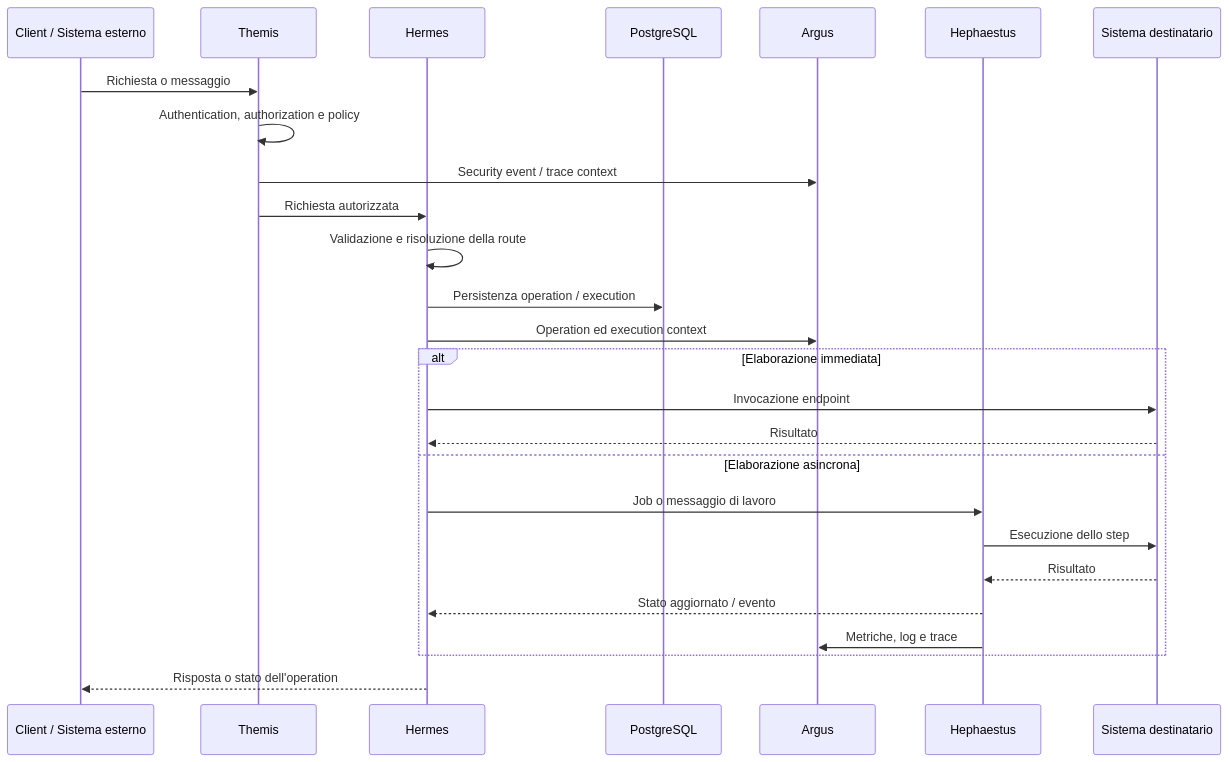
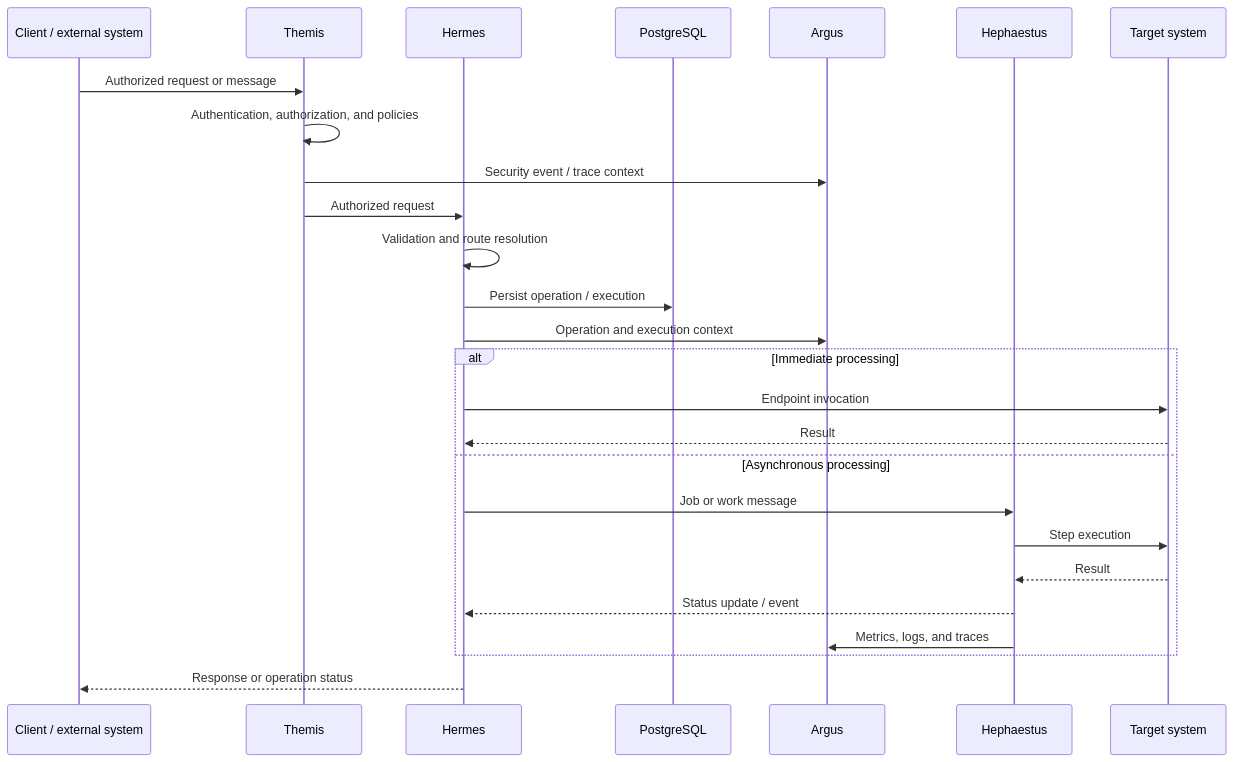
The second of 2 diagrams in README.md (VincenzoMatonti/PantheonOperationPlatform), drawn with Mermaid before and after one commit. The commit also changed other lines of this file and 14 other files, not shown here.

````diff
--- a/README.md
+++ b/README.md
@@ -211,31 +212,31 @@
 ```mermaid
 sequenceDiagram
-    participant Caller as Client / Sistema esterno
+    participant Caller as Client / external system
     participant Themis as Themis
     participant Hermes as Hermes
     participant DB as PostgreSQL
     participant Argus as Argus
     participant Hephaestus as Hephaestus
-    participant Target as Sistema destinatario
+    participant Target as Target system
 
-    Caller->>Themis: Richiesta o messaggio
-    Themis->>Themis: Authentication, authorization e policy
+    Caller->>Themis: Authorized request or message
+    Themis->>Themis: Authentication, authorization, and policies
     Themis->>Argus: Security event / trace context
-    Themis->>Hermes: Richiesta autorizzata
-    Hermes->>Hermes: Validazione e risoluzione della route
-    Hermes->>DB: Persistenza operation / execution
-    Hermes->>Argus: Operation ed execution context
+    Themis->>Hermes: Authorized request
+    Hermes->>Hermes: Validation and route resolution
+    Hermes->>DB: Persist operation / execution
+    Hermes->>Argus: Operation and execution context
 
-    alt Elaborazione immediata
-        Hermes->>Target: Invocazione endpoint
-        Target-->>Hermes: Risultato
-    else Elaborazione asincrona
-        Hermes->>Hephaestus: Job o messaggio di lavoro
-        Hephaestus->>Target: Esecuzione dello step
-        Target-->>Hephaestus: Risultato
-        Hephaestus-->>Hermes: Stato aggiornato / evento
-        Hephaestus->>Argus: Metriche, log e trace
+    alt Immediate processing
+        Hermes->>Target: Endpoint invocation
+        Target-->>Hermes: Result
+    else Asynchronous processing
+        Hermes->>Hephaestus: Job or work message
+        Hephaestus->>Target: Step execution
+        Target-->>Hephaestus: Result
+        Hephaestus-->>Hermes: Status update / event
+        Hephaestus->>Argus: Metrics, logs, and traces
     end
 
-    Hermes-->>Caller: Risposta o stato dell'operation
+    Hermes-->>Caller: Response or operation status
 ```
````
